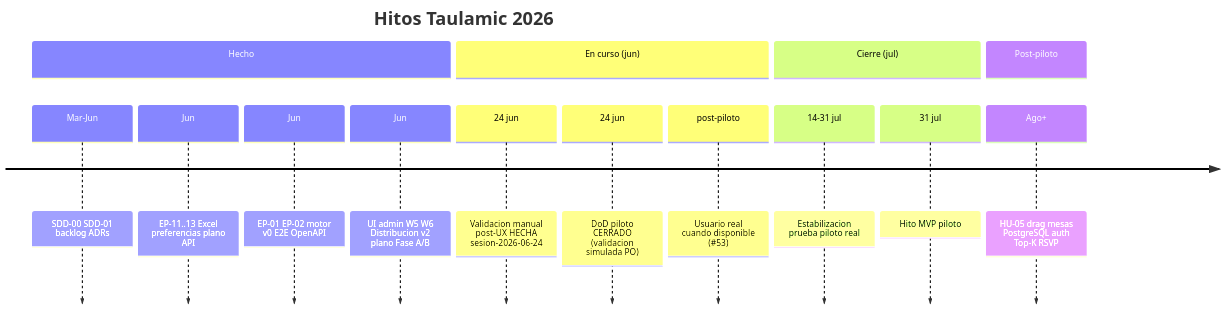
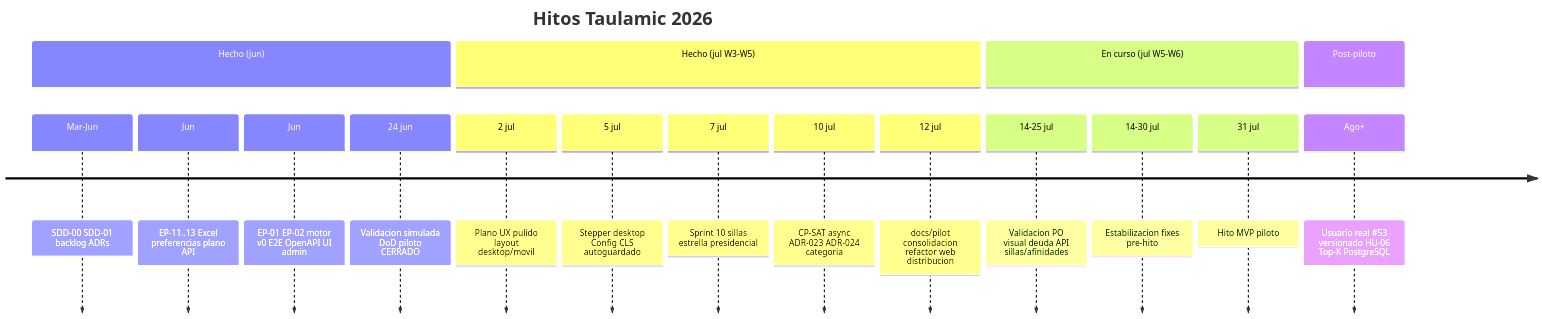
One commit to quintasc/taulamic changed the second of 3 diagrams in docs/agile/roadmap-mvp-julio.md. Above: the diagram before and after it, drawn with Mermaid. The commit also changed other lines of this file and 1 other file, not shown here.

Commit message:
docs: actualiza roadmap MVP a 17 jul (W5) y limpia historial de contexto

````diff
--- a/docs/agile/roadmap-mvp-julio.md
+++ b/docs/agile/roadmap-mvp-julio.md
@@ -87,18 +102,21 @@
 ```mermaid
 timeline
     title Hitos Taulamic 2026
-    section Hecho
+    section Hecho (jun)
         Mar-Jun : SDD-00 SDD-01 backlog ADRs
         Jun : EP-11..13 Excel preferencias plano API
-        Jun : EP-01 EP-02 motor v0 E2E OpenAPI
-        Jun : UI admin W5 W6 Distribucion v2 plano Fase A/B
-    section En curso (jun)
-        24 jun : Validacion manual post-UX HECHA sesion-2026-06-24
-        24 jun : DoD piloto CERRADO (validacion simulada PO)
-        post-piloto : Usuario real cuando disponible (#53)
-    section Cierre (jul)
-        14-31 jul : Estabilizacion prueba piloto real
+        Jun : EP-01 EP-02 motor v0 E2E OpenAPI UI admin
+        24 jun : Validacion simulada DoD piloto CERRADO
+    section Hecho (jul W3-W5)
+        2 jul : Plano UX pulido layout desktop/movil
+        5 jul : Stepper desktop Config CLS autoguardado
+        7 jul : Sprint 10 sillas estrella presidencial
+        10 jul : CP-SAT async ADR-023 ADR-024 categoria
+        12 jul : docs/pilot consolidacion refactor web distribucion
+    section En curso (jul W5-W6)
+        14-25 jul : Validacion PO visual deuda API sillas/afinidades
+        14-30 jul : Estabilizacion fixes pre-hito
         31 jul : Hito MVP piloto
     section Post-piloto
-        Ago+ : HU-05 drag mesas PostgreSQL auth Top-K RSVP
+        Ago+ : Usuario real #53 versionado HU-06 Top-K PostgreSQL
 ```
````
